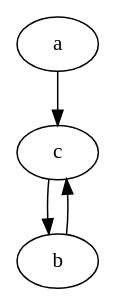
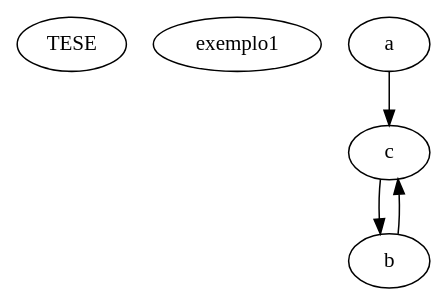
The diagram in dot_exports/network.dot (lucasfriedrichh/GraphSocial), drawn with Graphviz before and after one commit. The commit also changed 2 other files, not shown here.

```diff
--- a/dot_exports/network.dot
+++ b/dot_exports/network.dot
@@ -1,5 +1,7 @@
 Digraph{
+	"TESE"
+	"exemplo1"
 	"a" -> { "c" }
 	"c" -> { "b" }
 	"b" -> { "c" }
 }
```
